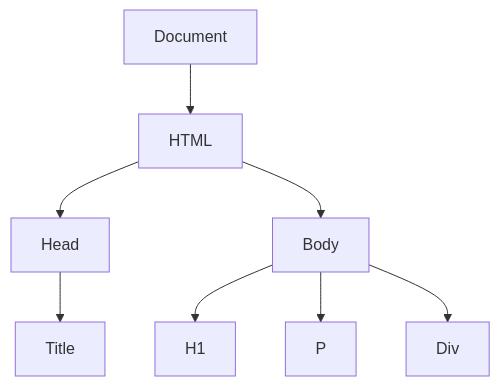
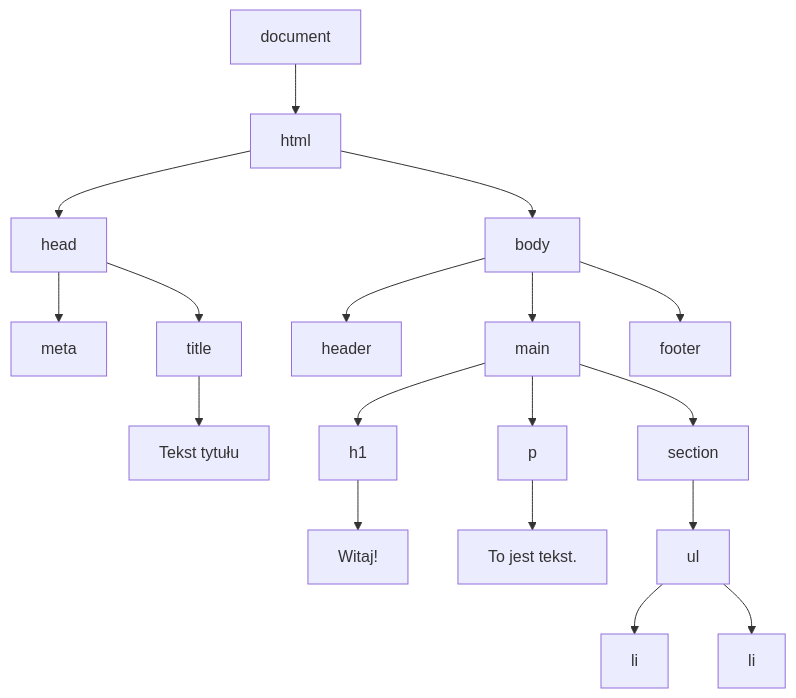
The third of 3 diagrams in lectures/wyklad08.md (zacniewski/materials-about-markup-and-scripting-languages), drawn with Mermaid before and after one commit. The commit also changed other lines of this file and 1 other file, not shown here.

````diff
--- a/lectures/wyklad08.md
+++ b/lectures/wyklad08.md
@@ -97,10 +146,20 @@
 ```mermaid
 graph TD
-    Document --> HTML
-    HTML --> Head
-    HTML --> Body
-    Head --> Title
-    Body --> H1
-    Body --> P
-    Body --> Div
+    Document[document] --> HTML[html]
+    HTML --> Head[head]
+    HTML --> Body[body]
+    Head --> Meta[meta]
+    Head --> Title[title]
+    Title --> TextT[Tekst tytułu]
+    Body --> Header[header]
+    Body --> Main[main]
+    Body --> Footer[footer]
+    Main --> H1[h1]
+    H1 --> TextH1[Witaj!]
+    Main --> P[p]
+    P --> TextP[To jest tekst.]
+    Main --> Section[section]
+    Section --> Ul[ul]
+    Ul --> Li1[li]
+    Ul --> Li2[li]
 ```
````
